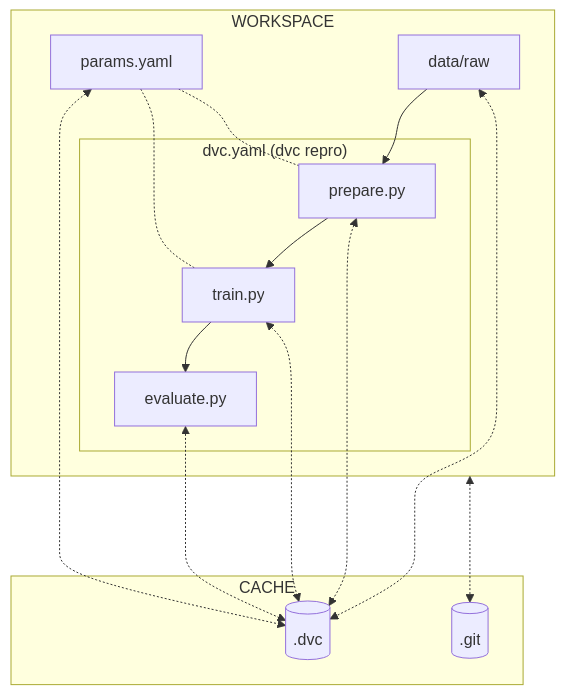
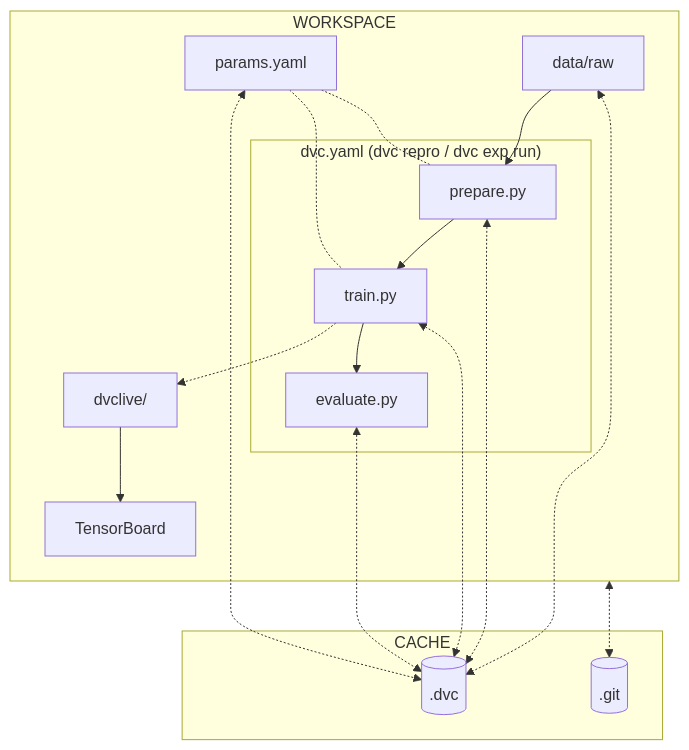
The diagram in docs/part-1-local-training-and-evaluation/conclusion.md (swiss-ai-center/a-guide-to-mlops), drawn with Mermaid before and after one commit. The commit also changed other lines of this file, not shown here.

````diff
--- a/docs/part-1-local-training-and-evaluation/conclusion.md
+++ b/docs/part-1-local-training-and-evaluation/conclusion.md
@@ -16,24 +17,26 @@
 ```mermaid
 flowchart TB
     dot_dvc[(.dvc)]
     dot_git[(.git)]
     data[data/raw] <-.-> dot_dvc
     workspaceGraph <-....-> dot_git
     subgraph cacheGraph[CACHE]
         dot_dvc
         dot_git
     end
     subgraph workspaceGraph[WORKSPACE]
         prepare[prepare.py] <-.-> dot_dvc
         train[train.py] <-.-> dot_dvc
         evaluate[evaluate.py] <-.-> dot_dvc
         data --> prepare
-        subgraph dvcGraph["dvc.yaml (dvc repro)"]
+        subgraph dvcGraph["dvc.yaml (dvc repro / dvc exp run)"]
             prepare --> train
             train --> evaluate
         end
         params[params.yaml] -.- prepare
         params -.- train
         params <-.-> dot_dvc
+        dvclive[dvclive/] --> tensorboard[TensorBoard]
+        train -.-> dvclive
     end
 ```
````
